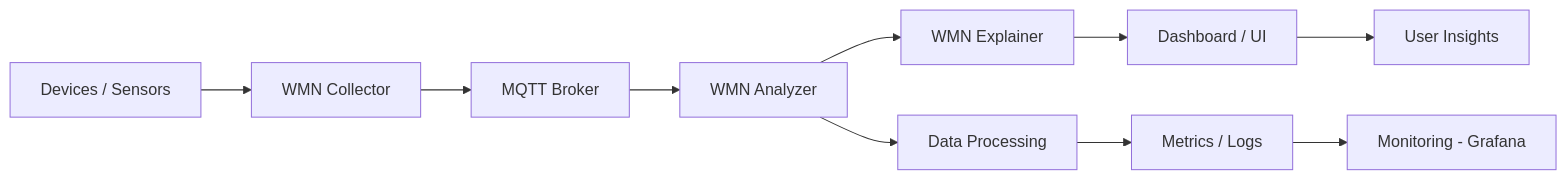
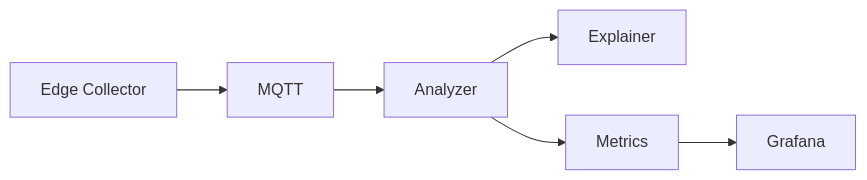
Before and after one commit to IrfanUruchi/IrfanUruchi: the second of 2 diagrams in README.md, drawn with Mermaid. The commit also changed other lines of this file, not shown here.

````diff
--- a/README.md
+++ b/README.md
@@ -119,16 +173,8 @@
 ```mermaid
 flowchart LR
-    A[Devices / Sensors] --> B[WMN Collector]
-    B --> C[MQTT Broker]
-
-    C --> D[WMN Analyzer]
-    D --> E[WMN Explainer]
-
-    E --> F[Dashboard / UI]
-    F --> G[User Insights]
-
-    D --> H[Data Processing]
-    H --> I[Metrics / Logs]
-
-    I --> J[Monitoring - Grafana]
+    A[Edge Collector] --> B[MQTT]
+    B --> C[Analyzer]
+    C --> D[Explainer]
+    C --> E[Metrics]
+    E --> F[Grafana]
 ```
````
